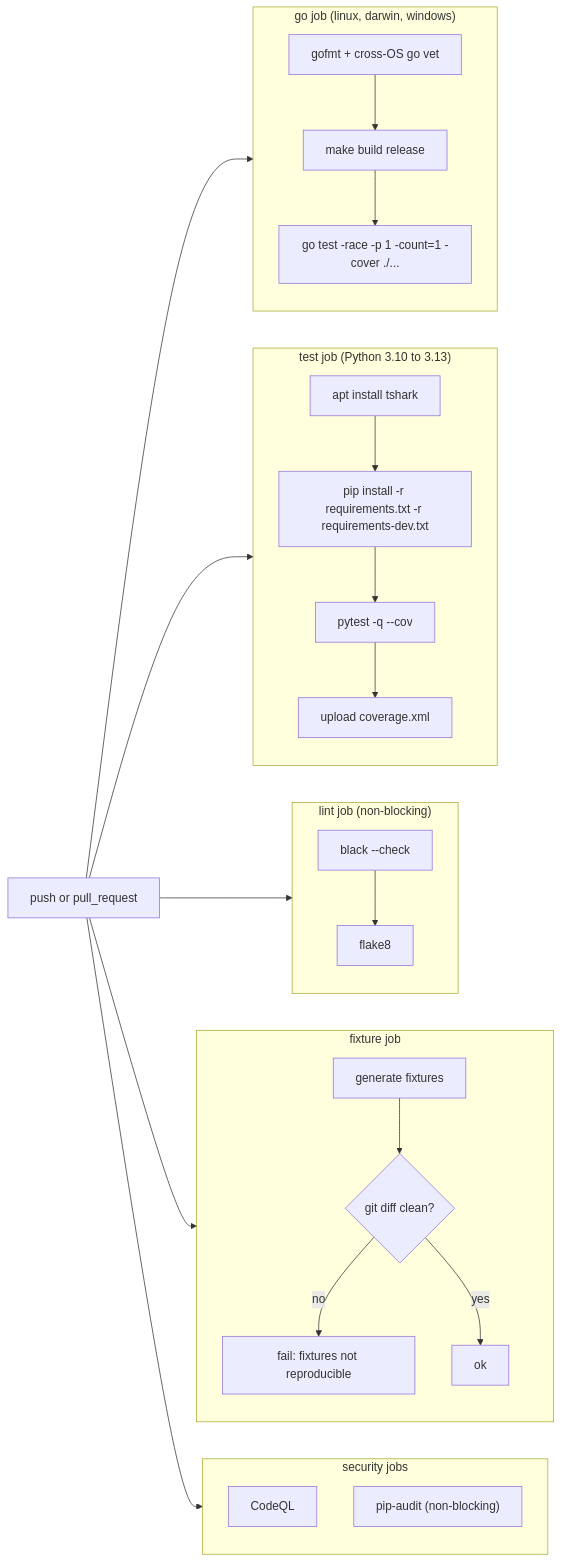
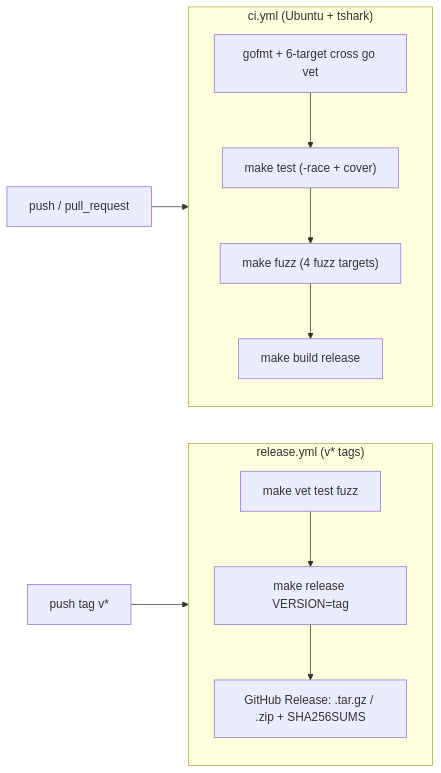
Before and after one commit to zombat/sonic: the fifth of 5 diagrams in docs/ARCHITECTURE.md, drawn with Mermaid. The commit also changed other lines of this file and 15 other files, not shown here.

````diff
--- a/docs/ARCHITECTURE.md
+++ b/docs/ARCHITECTURE.md
@@ -343,34 +137,16 @@
 ```mermaid
 flowchart LR
-    PUSH["push or pull_request"] --> GO
-    PUSH --> TEST
-    PUSH --> LINT
-    PUSH --> FIX
-    PUSH --> SEC
+    PUSH["push / pull_request"] --> CI["ci.yml: go job"]
+    TAG["push tag v*"] --> REL["release.yml: release job"]
 
-    subgraph GO["go job (linux, darwin, windows)"]
-        G1["gofmt + cross-OS go vet"] --> G2["make build release"]
-        G2 --> G3["go test -race -p 1 -count=1 -cover ./..."]
+    subgraph CI["ci.yml (Ubuntu + tshark)"]
+        C1["gofmt + 6-target cross go vet"] --> C2["make test (-race + cover)"]
+        C2 --> C3["make fuzz (4 fuzz targets)"]
+        C3 --> C4["make build release"]
     end
 
-    subgraph TEST["test job (Python 3.10 to 3.13)"]
-        T1["apt install tshark"] --> T2["pip install -r requirements.txt -r requirements-dev.txt"]
-        T2 --> T3["pytest -q --cov"]
-        T3 --> T4["upload coverage.xml"]
-    end
-
-    subgraph LINT["lint job (non-blocking)"]
-        L1["black --check"] --> L2["flake8"]
-    end
-
-    subgraph FIX["fixture job"]
-        F1["generate fixtures"] --> F2{"git diff clean?"}
-        F2 -- "no" --> F3["fail: fixtures not reproducible"]
-        F2 -- "yes" --> F4["ok"]
-    end
-
-    subgraph SEC["security jobs"]
-        S1["CodeQL"]
-        S2["pip-audit (non-blocking)"]
+    subgraph REL["release.yml (v* tags)"]
+        R1["make vet test fuzz"] --> R2["make release VERSION=tag"]
+        R2 --> R3["GitHub Release: .tar.gz / .zip + SHA256SUMS"]
     end
 ```
````
